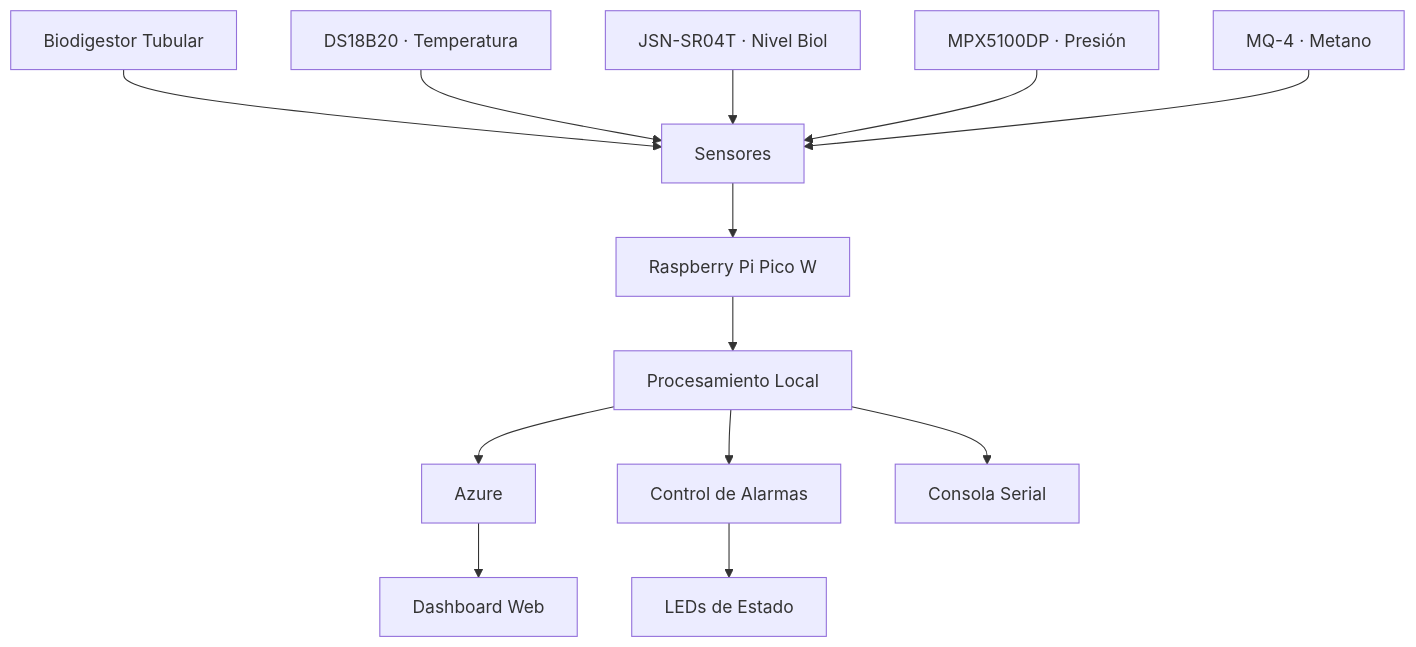
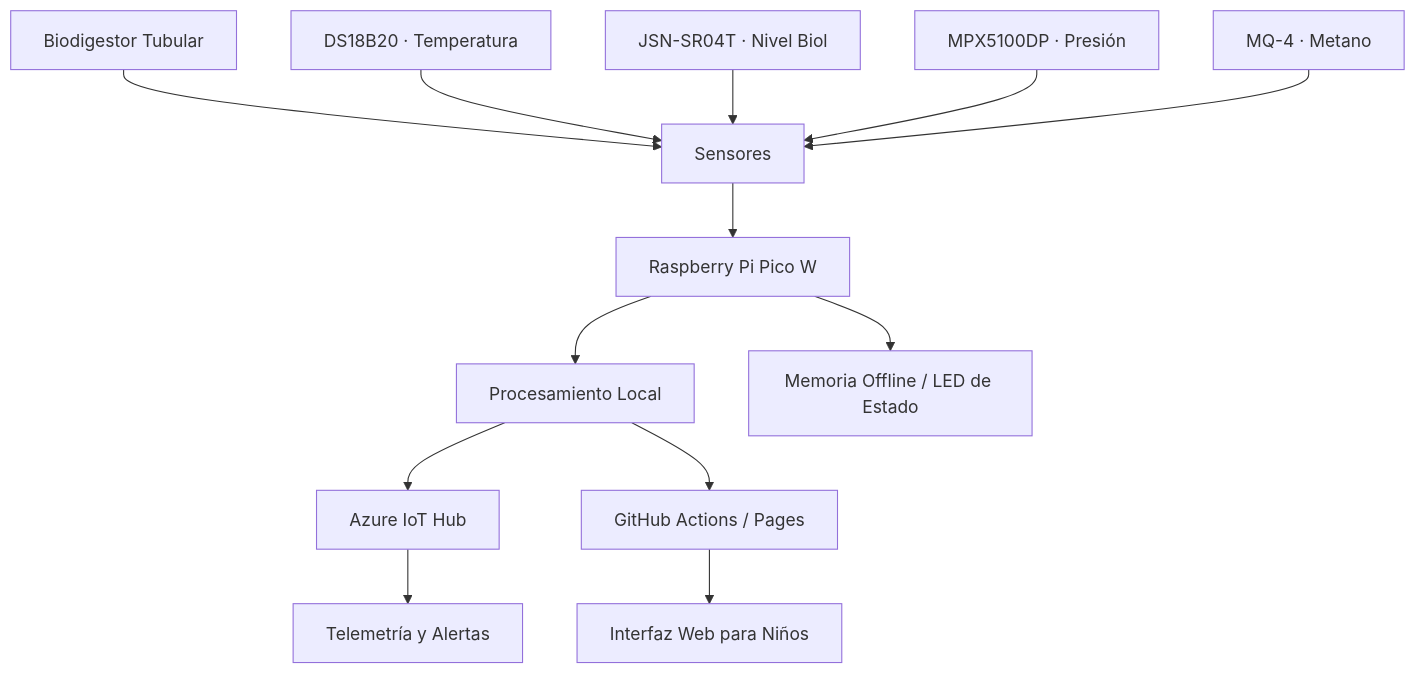
Before and after one commit to Rafael-blink/biodigestor-iot-san-jose: the diagram in README.md, drawn with Mermaid. The commit also changed other lines of this file, not shown here.

First line of the commit message:
Enhance README with Azure and software features

````diff
--- a/README.md
+++ b/README.md
@@ -49,16 +50,16 @@
 ```mermaid
 graph TD
     A[Biodigestor Tubular] --> B[Sensores]
     B --> C[Raspberry Pi Pico W]
     C --> D[Procesamiento Local]
-    D --> E[Azure]
-    D --> F[Control de Alarmas]
-    E --> G[Dashboard Web]
-    F --> H[LEDs de Estado]
-    D --> I[Consola Serial]
+    D --> E[Azure IoT Hub]
+    D --> F[GitHub Actions / Pages]
+    E --> G[Telemetría y Alertas]
+    F --> H[Interfaz Web para Niños]
+    C --> I[Memoria Offline / LED de Estado]
 
     B1[DS18B20 · Temperatura] --> B
     B2[JSN-SR04T · Nivel Biol] --> B
     B3[MPX5100DP · Presión] --> B
     B4[MQ-4 · Metano] --> B
 ```
````
